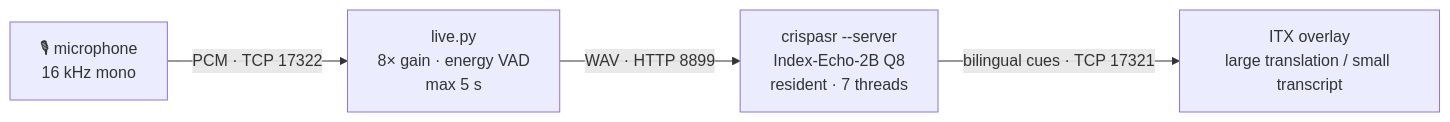
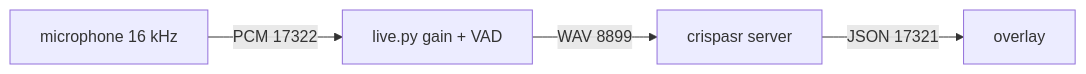
The diagram in README.en.md (Baizhi-Angelica/IndexTranslate_OnXiaomi), drawn with Mermaid before and after one commit. The commit also changed other lines of this file and 1 other file, not shown here.

First line of the commit message:
docs: tighten landing page and fix mermaid diagram

````diff
--- a/README.en.md
+++ b/README.en.md
@@ -121,6 +111,6 @@
 ```mermaid
 flowchart LR
-    A["🎙 microphone<br/>16 kHz mono"] -->|PCM · TCP 17322| B["live.py<br/>8× gain · energy VAD<br/>max 5 s"]
-    B -->|WAV · HTTP 8899| C["crispasr --server<br/>Index-Echo-2B Q8<br/>resident · 7 threads"]
-    C -->|bilingual cues · TCP 17321| D["ITX overlay<br/>large translation / small transcript"]
+    A[microphone 16 kHz] -->|PCM 17322| B[live.py gain + VAD]
+    B -->|WAV 8899| C[crispasr server]
+    C -->|JSON 17321| D[overlay]
 ```
````
